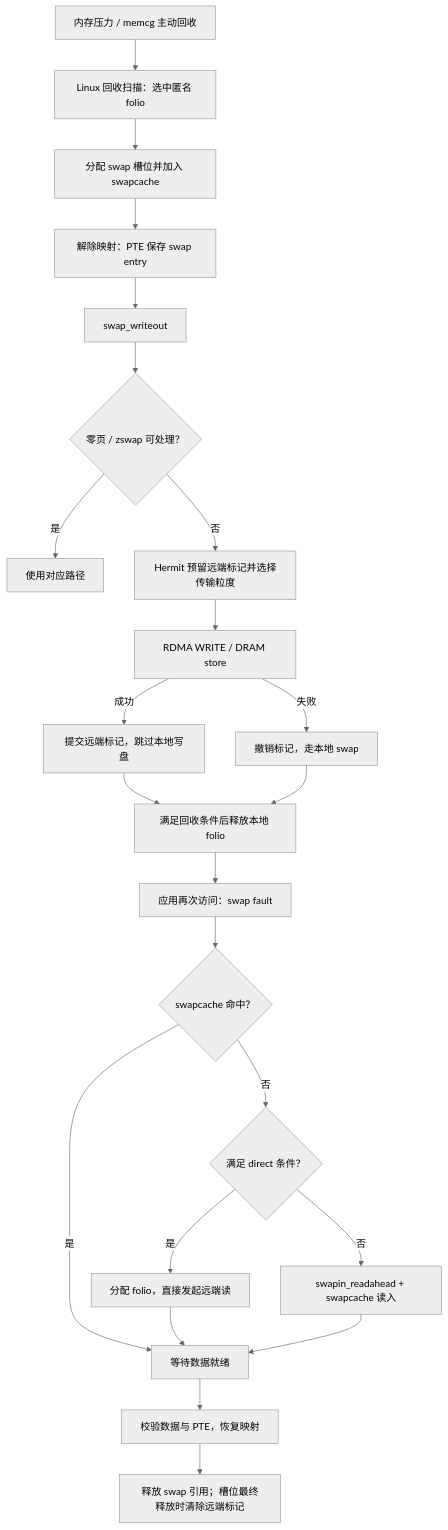
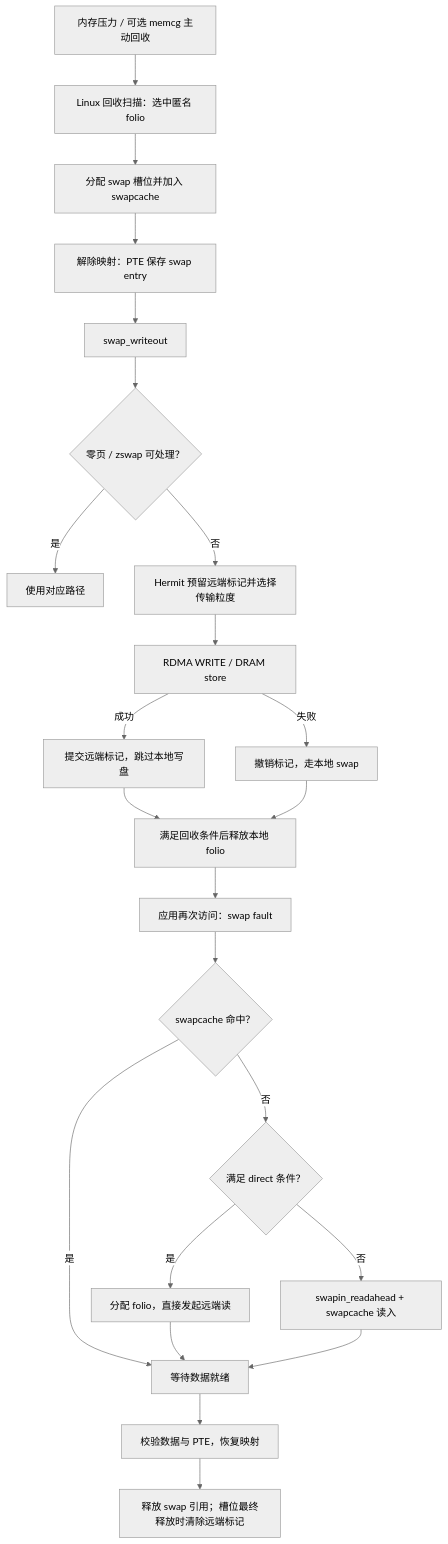
The diagram in docs/pebs/pebs-implementation-summary.md (f3rmata/hermit-6), drawn with Mermaid (neutral theme) before and after one commit. The commit also changed other lines of this file and 34 other files, not shown here.

````diff
--- a/docs/pebs/pebs-implementation-summary.md
+++ b/docs/pebs/pebs-implementation-summary.md
@@ -22,25 +22,25 @@
 ```mermaid
 flowchart TD
-    A[内存压力 / memcg 主动回收] --> B[Linux 回收扫描：选中匿名 folio]
+    A[内存压力 / 可选 memcg 主动回收] --> B[Linux 回收扫描：选中匿名 folio]
     B --> C[分配 swap 槽位并加入 swapcache]
     C --> D[解除映射：PTE 保存 swap entry]
     D --> E[swap_writeout]
     E --> F{零页 / zswap 可处理？}
     F -->|是| G[使用对应路径]
     F -->|否| H[Hermit 预留远端标记并选择传输粒度]
     H --> I[RDMA WRITE / DRAM store]
     I -->|成功| J[提交远端标记，跳过本地写盘]
     I -->|失败| K[撤销标记，走本地 swap]
     J --> L[满足回收条件后释放本地 folio]
     K --> L
     L --> M[应用再次访问：swap fault]
     M --> N{swapcache 命中？}
     N -->|是| R[等待数据就绪]
     N -->|否| O{满足 direct 条件？}
     O -->|是| P[分配 folio，直接发起远端读]
     O -->|否| Q[swapin_readahead + swapcache 读入]
     P --> R
     Q --> R
     R --> S[校验数据与 PTE，恢复映射]
     S --> T[释放 swap 引用；槽位最终释放时清除远端标记]
 ```
````
